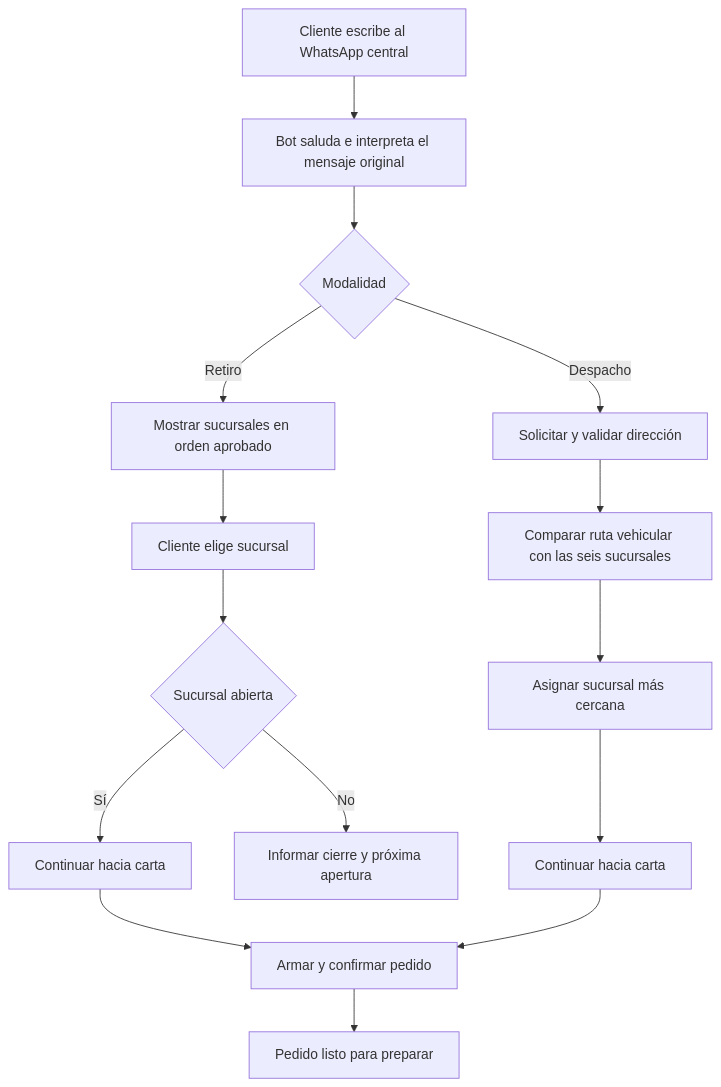
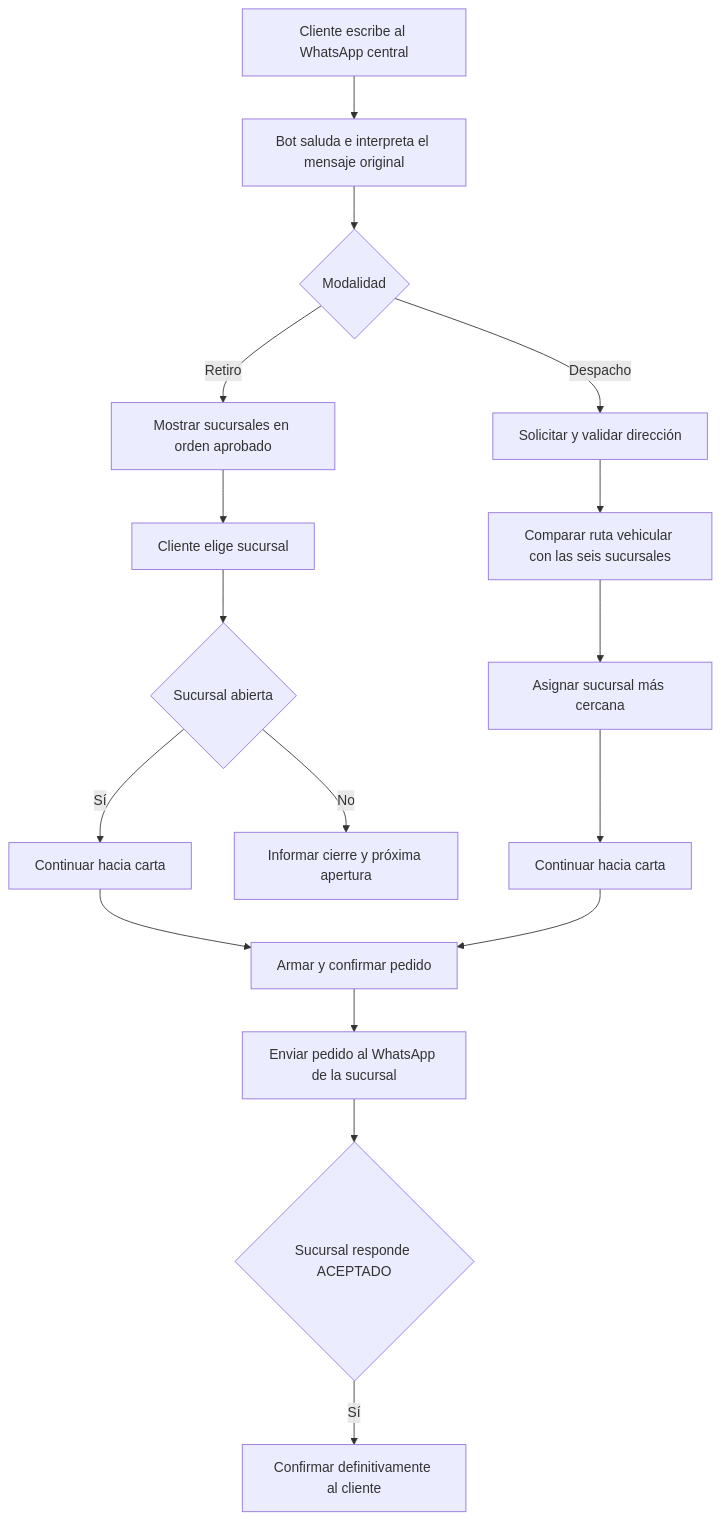
Before and after one commit to 304bxnjvv/jirensushi-whatsapp-bot: the diagram in docs/user-stories/HU-03-contexto-transversal-del-proyecto.md, drawn with Mermaid. The commit also changed other lines of this file, not shown here.

Commit message:
docs: record branch order acceptance flow

````diff
--- a/docs/user-stories/HU-03-contexto-transversal-del-proyecto.md
+++ b/docs/user-stories/HU-03-contexto-transversal-del-proyecto.md
@@ -42,17 +44,19 @@
 ```mermaid
 flowchart TD
     A[Cliente escribe al WhatsApp central] --> B[Bot saluda e interpreta el mensaje original]
     B --> C{Modalidad}
     C -->|Retiro| D[Mostrar sucursales en orden aprobado]
     C -->|Despacho| E[Solicitar y validar dirección]
     D --> F[Cliente elige sucursal]
     F --> G{Sucursal abierta}
     G -->|Sí| H[Continuar hacia carta]
     G -->|No| I[Informar cierre y próxima apertura]
     E --> J[Comparar ruta vehicular con las seis sucursales]
     J --> K[Asignar sucursal más cercana]
     K --> L[Continuar hacia carta]
     H --> M[Armar y confirmar pedido]
     L --> M
-    M --> N[Pedido listo para preparar]
+    M --> N[Enviar pedido al WhatsApp de la sucursal]
+    N --> O{Sucursal responde ACEPTADO}
+    O -->|Sí| P[Confirmar definitivamente al cliente]
 ```
````
